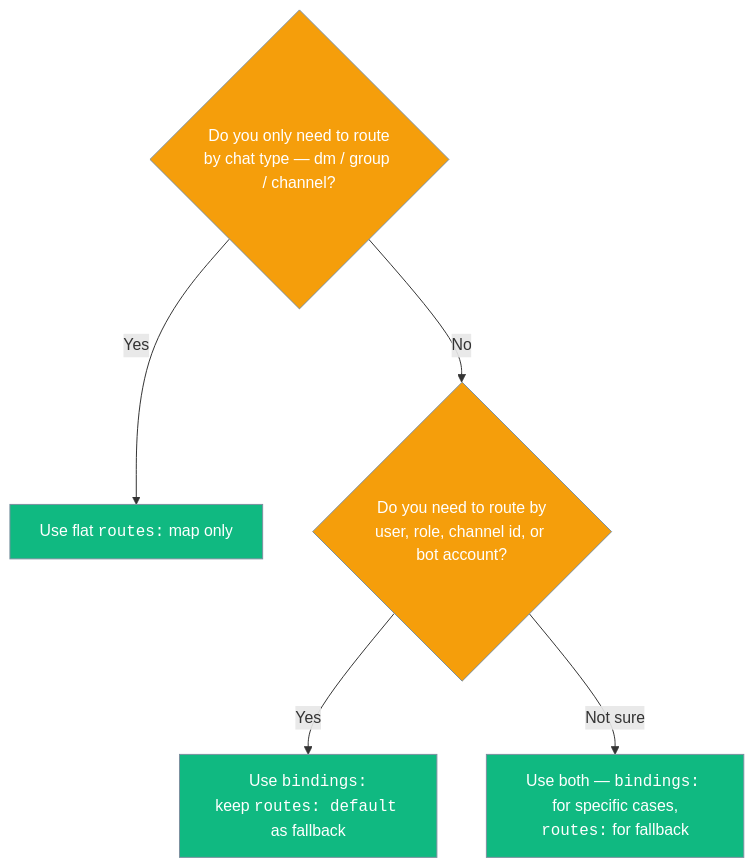
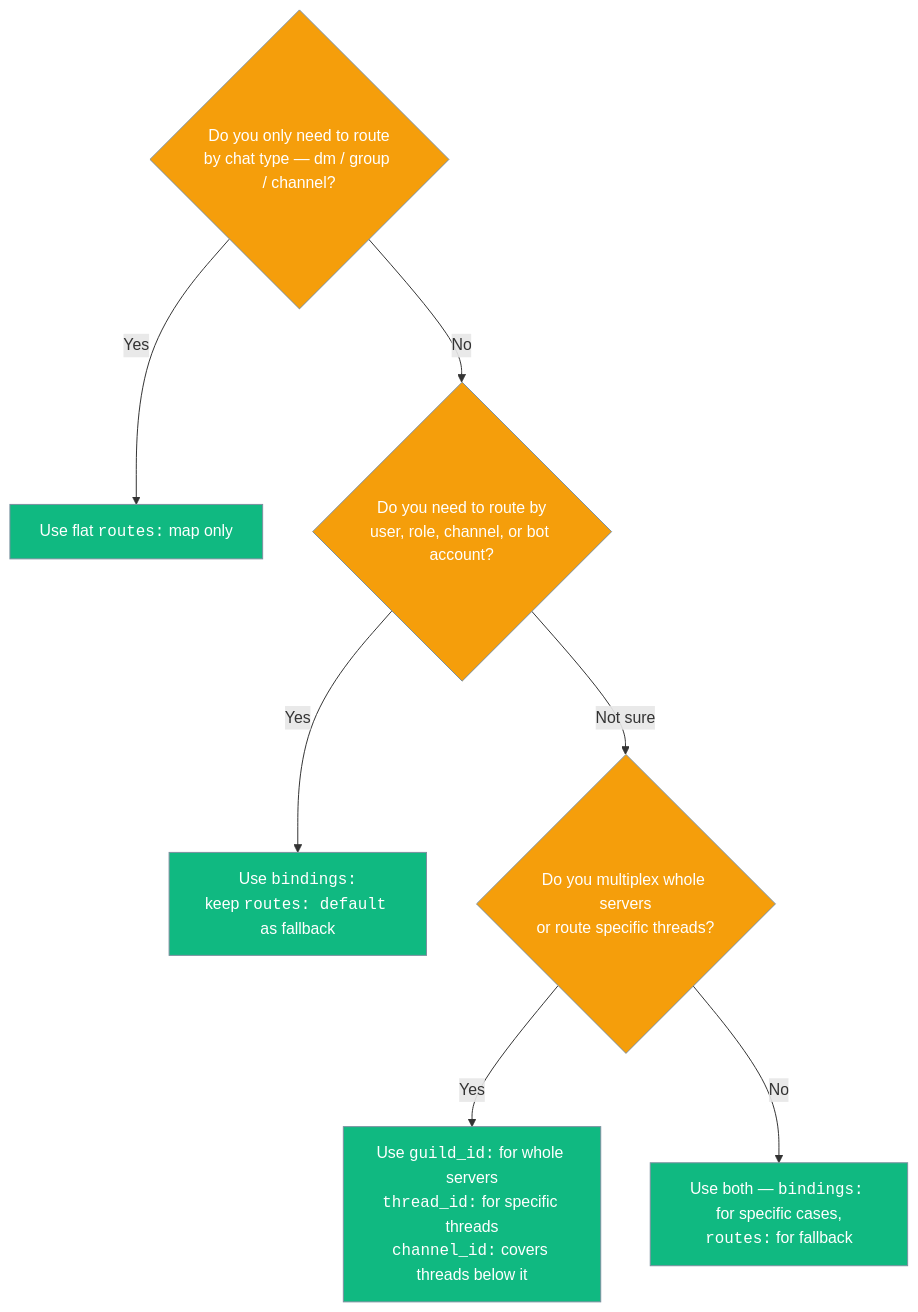
The fourth of 5 diagrams in docs/features/gateway-route-bindings.mdx (MervinPraison/PraisonAIDocs), drawn with Mermaid before and after one commit. The commit also changed other lines of this file and 3 other files, not shown here.

First line of the commit message:
docs: document thread/guild/parent-channel gateway route matching (fixes #3865)

````diff
--- a/docs/features/gateway-route-bindings.mdx
+++ b/docs/features/gateway-route-bindings.mdx
@@ -182,13 +248,15 @@
 ```mermaid
 graph TD
     Q1{Do you only need to route<br/>by chat type — dm / group / channel?}
     Q1 -->|Yes| Routes[Use flat <code>routes:</code> map only]
-    Q1 -->|No| Q2{Do you need to route by<br/>user, role, channel id, or bot account?}
+    Q1 -->|No| Q2{Do you need to route by<br/>user, role, channel, or bot account?}
     Q2 -->|Yes| Bindings[Use <code>bindings:</code><br/>keep <code>routes: default</code> as fallback]
-    Q2 -->|Not sure| Both[Use both — <code>bindings:</code> for specific cases,<br/><code>routes:</code> for fallback]
+    Q2 -->|Not sure| Q3{Do you multiplex whole servers<br/>or route specific threads?}
+    Q3 -->|Yes| ThreadGuild[Use <code>guild_id:</code> for whole servers<br/><code>thread_id:</code> for specific threads<br/><code>channel_id:</code> covers threads below it]
+    Q3 -->|No| Both[Use both — <code>bindings:</code> for specific cases,<br/><code>routes:</code> for fallback]
 
     classDef question fill:#F59E0B,stroke:#7C90A0,color:#fff
     classDef answer fill:#10B981,stroke:#7C90A0,color:#fff
-    class Q1,Q2 question
-    class Routes,Bindings,Both answer
+    class Q1,Q2,Q3 question
+    class Routes,Bindings,ThreadGuild,Both answer
 ```
````
